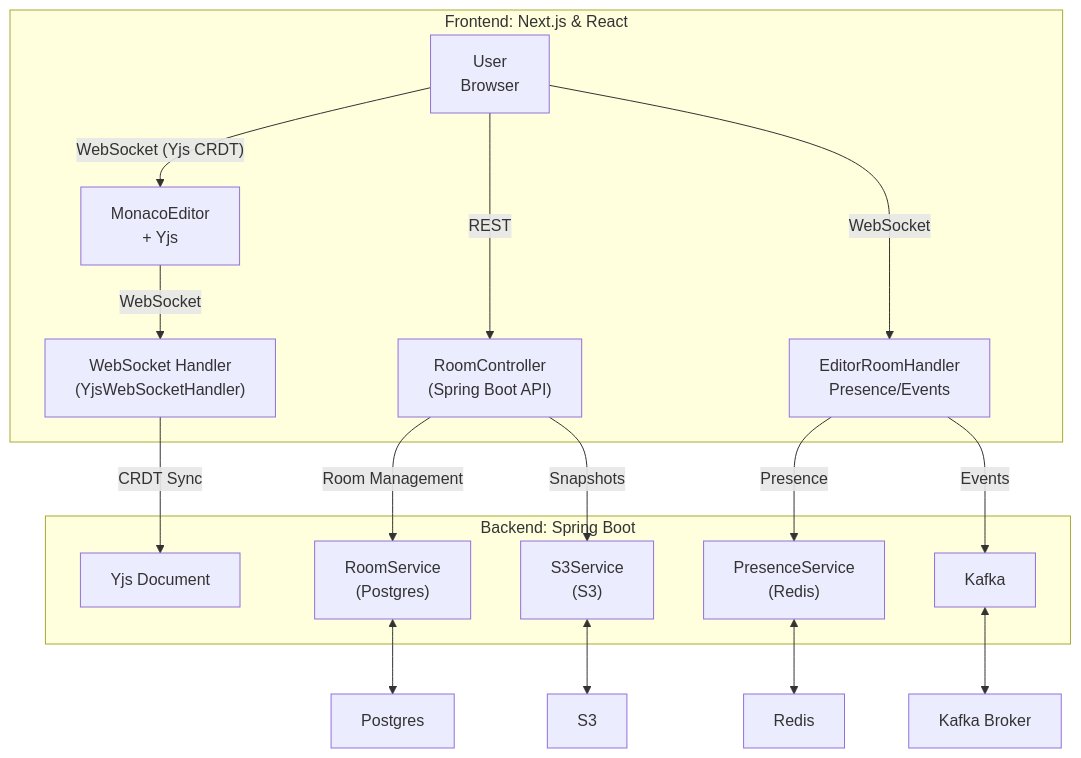
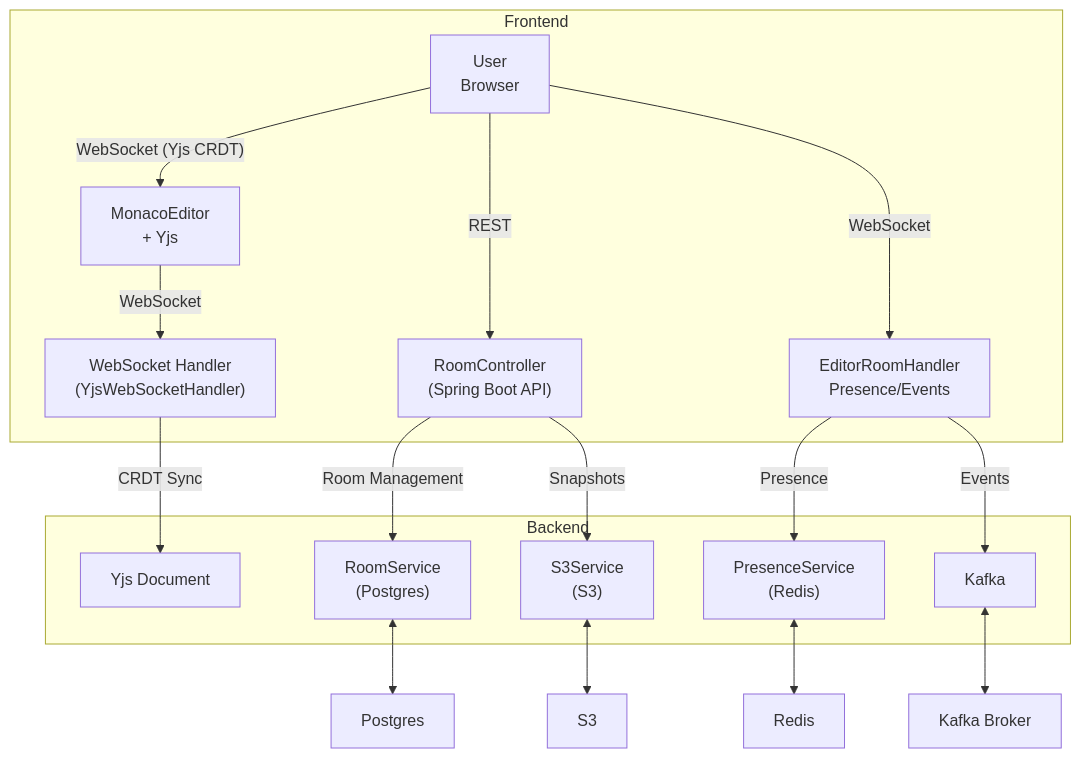
Before and after one commit to sarihammad/codeshare: the diagram in README.md, drawn with Mermaid. The commit also changed other lines of this file, not shown here.

````diff
--- a/README.md
+++ b/README.md
@@ -30,23 +9,23 @@
 ```mermaid
 graph TD
 
-    subgraph Frontend: Next.js & React
+    subgraph Frontend
       A1["User<br>Browser"] -->|"WebSocket (Yjs CRDT)"| B1["MonacoEditor<br>+ Yjs"]
       B1 -->|"WebSocket"| C1["WebSocket Handler<br>(YjsWebSocketHandler)"]
       A1 -->|"REST"| D1["RoomController<br>(Spring Boot API)"]
       A1 -->|"WebSocket"| E1["EditorRoomHandler<br>Presence/Events"]
     end
 
-    subgraph Backend: Spring Boot
+    subgraph Backend
       C1 -->|"CRDT Sync"| F1["Yjs Document"]
       E1 -->|"Presence"| G1["PresenceService<br>(Redis)"]
       D1 -->|"Room Management"| H1["RoomService<br>(Postgres)"]
       D1 -->|"Snapshots"| I1["S3Service<br>(S3)"]
       E1 -->|"Events"| J1["Kafka"]
     end
 
     G1 <--> K1["Redis"]
     I1 <--> L1["S3"]
     H1 <--> M1["Postgres"]
     J1 <--> N1["Kafka Broker"]
 ```
````
